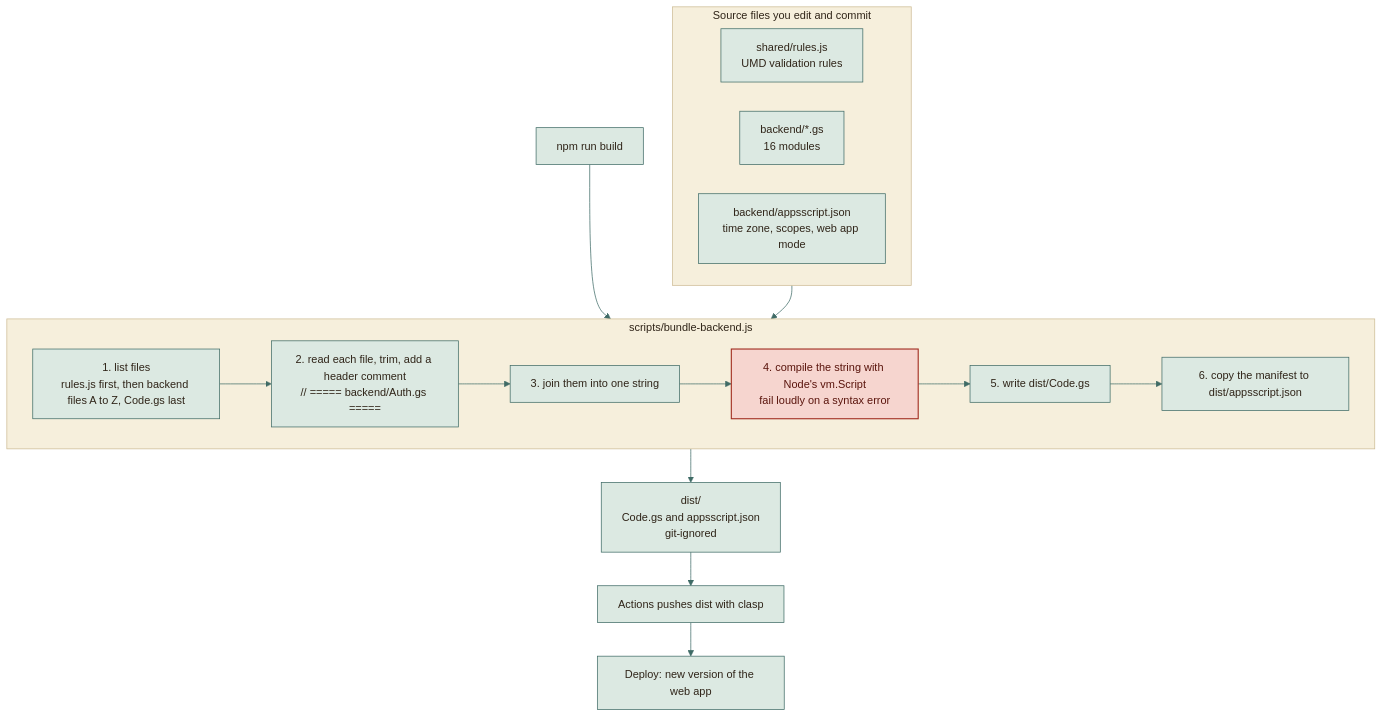
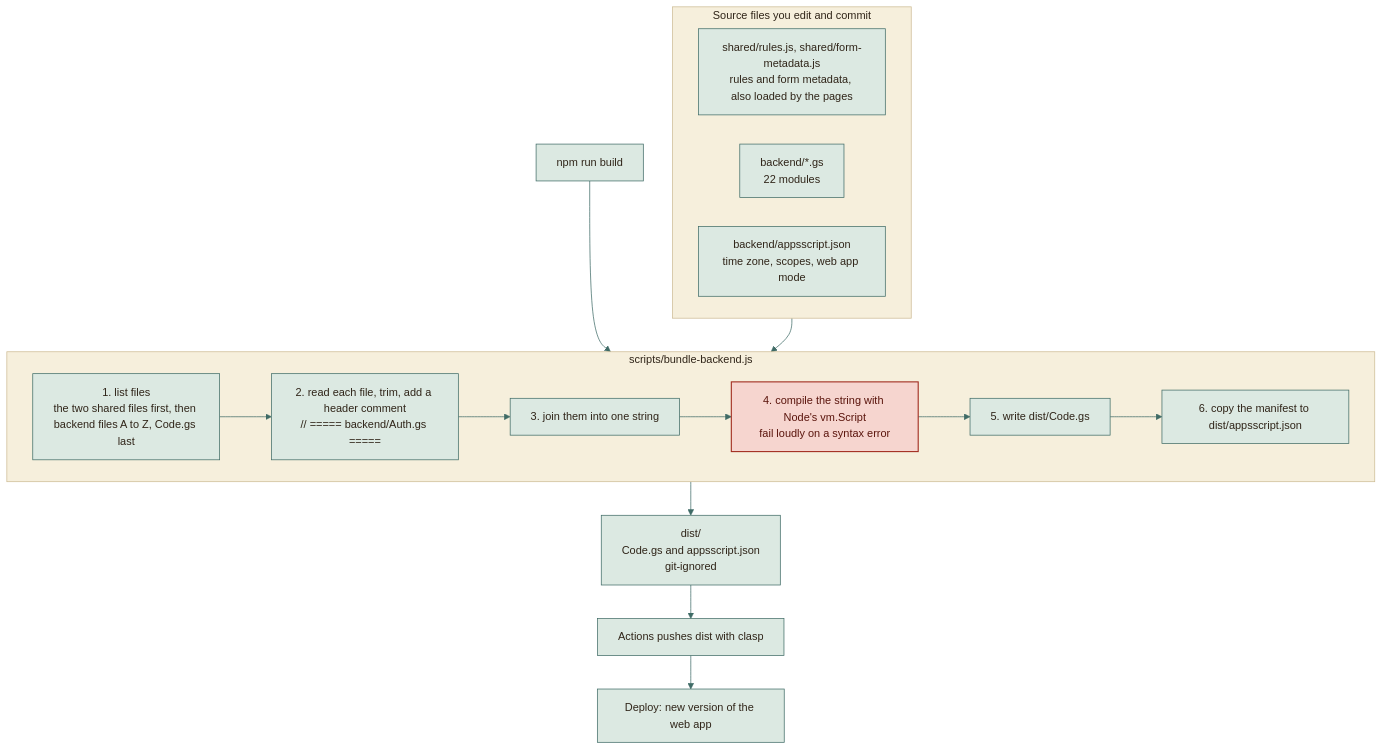
Before and after one commit to moyeh04/forms-platform: the first of 4 diagrams in docs/architecture/BUILD-PIPELINE.md, drawn with Mermaid. The commit also changed other lines of this file and 7 other files, not shown here.

````diff
--- a/docs/architecture/BUILD-PIPELINE.md
+++ b/docs/architecture/BUILD-PIPELINE.md
@@ -32,54 +32,54 @@
 ```mermaid
 %%{init: {
   'theme': 'base',
   'themeVariables': {
     'fontFamily': 'ui-sans-serif, system-ui, -apple-system, Segoe UI, Roboto, sans-serif',
     'fontSize': '15px',
     'primaryColor': '#DCE9E2', 'primaryBorderColor': '#3F6B66', 'primaryTextColor': '#2F2418',
     'secondaryColor': '#F0E4C8', 'secondaryBorderColor': '#C9A24A', 'secondaryTextColor': '#2F2418',
     'tertiaryColor': '#F6EFDC', 'tertiaryBorderColor': '#CDBB94', 'tertiaryTextColor': '#2F2418',
     'lineColor': '#3F6B66', 'textColor': '#2F2418', 'mainBkg': '#DCE9E2', 'nodeBorder': '#3F6B66',
     'clusterBkg': '#F6EFDC', 'clusterBorder': '#CDBB94', 'titleColor': '#2F2418',
     'edgeLabelBackground': '#F8F1DD',
     'actorBkg': '#DCE9E2', 'actorBorder': '#3F6B66', 'actorTextColor': '#2F2418', 'actorLineColor': '#8FB3AB',
     'signalColor': '#477A73', 'signalTextColor': '#477A73',
     'labelBoxBkgColor': '#F0E4C8', 'labelBoxBorderColor': '#C9A24A', 'labelTextColor': '#2F2418', 'loopTextColor': '#6A5A44',
     'noteBkgColor': '#FBEFC9', 'noteBorderColor': '#C9A24A', 'noteTextColor': '#2F2418',
     'activationBkgColor': '#DCE9E2', 'activationBorderColor': '#3F6B66', 'sequenceNumberColor': '#F8F1DD',
     'transitionColor': '#3F6B66', 'stateLabelColor': '#2F2418', 'stateBkg': '#DCE9E2', 'altBackground': '#F6EFDC',
     'attributeBackgroundColorOdd': '#F8F1DD', 'attributeBackgroundColorEven': '#F0E4C8'
   },
   'flowchart': {'curve': 'basis', 'padding': 14, 'nodeSpacing': 40, 'rankSpacing': 46},
   'sequence': {'mirrorActors': false, 'messageMargin': 34, 'boxMargin': 8}
 }}%%
 flowchart TD
     subgraph sources["Source files you edit and commit"]
-        rules["shared/rules.js<br/>UMD validation rules"]
-        gs["backend/*.gs<br/>16 modules"]
+        rules["shared/rules.js, shared/form-metadata.js<br/>rules and form metadata, also loaded by the pages"]
+        gs["backend/*.gs<br/>22 modules"]
         manifest["backend/appsscript.json<br/>time zone, scopes, web app mode"]
     end
 
     cmd["npm run build"] --> bundler
 
     subgraph bundler["scripts/bundle-backend.js"]
-        s1["1. list files<br/>rules.js first, then backend files A to Z, Code.gs last"]
+        s1["1. list files<br/>the two shared files first, then backend files A to Z, Code.gs last"]
         s2["2. read each file, trim, add a header comment<br/>// ===== backend/Auth.gs ====="]
         s3["3. join them into one string"]
         s4["4. compile the string with Node's vm.Script<br/>fail loudly on a syntax error"]
         s5["5. write dist/Code.gs"]
         s6["6. copy the manifest to dist/appsscript.json"]
         s1 --> s2 --> s3 --> s4 --> s5 --> s6
     end
 
     sources --> bundler
     bundler --> dist["dist/<br/>Code.gs and appsscript.json<br/>git-ignored"]
     dist --> push["Actions pushes dist with clasp"]
     push --> live["Deploy: new version of the web app"]
     classDef cDb fill:#F3E2B3,stroke:#B8892D,stroke-width:1.5px,color:#2F2418
     classDef cActor fill:#F4D9D3,stroke:#9A3328,stroke-width:1.5px,color:#2F2418
     classDef cDec fill:#FBEFC9,stroke:#C9A24A,stroke-width:1.5px,color:#2F2418
     classDef cEnd fill:#2F2418,stroke:#2F2418,color:#F8F1DD
     classDef cErr fill:#F6D5CF,stroke:#A12B1F,stroke-width:1.5px,color:#5A140C
     classDef cOk fill:#BFD9CF,stroke:#2E5A55,stroke-width:1.5px,color:#17302D
     class s4 cErr
 ```
````
